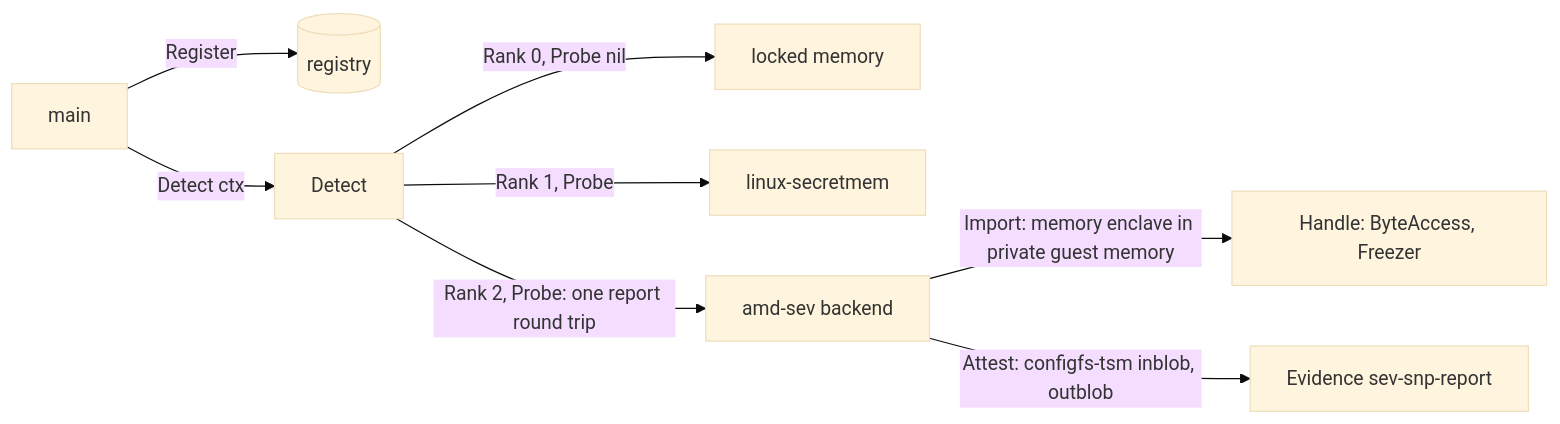
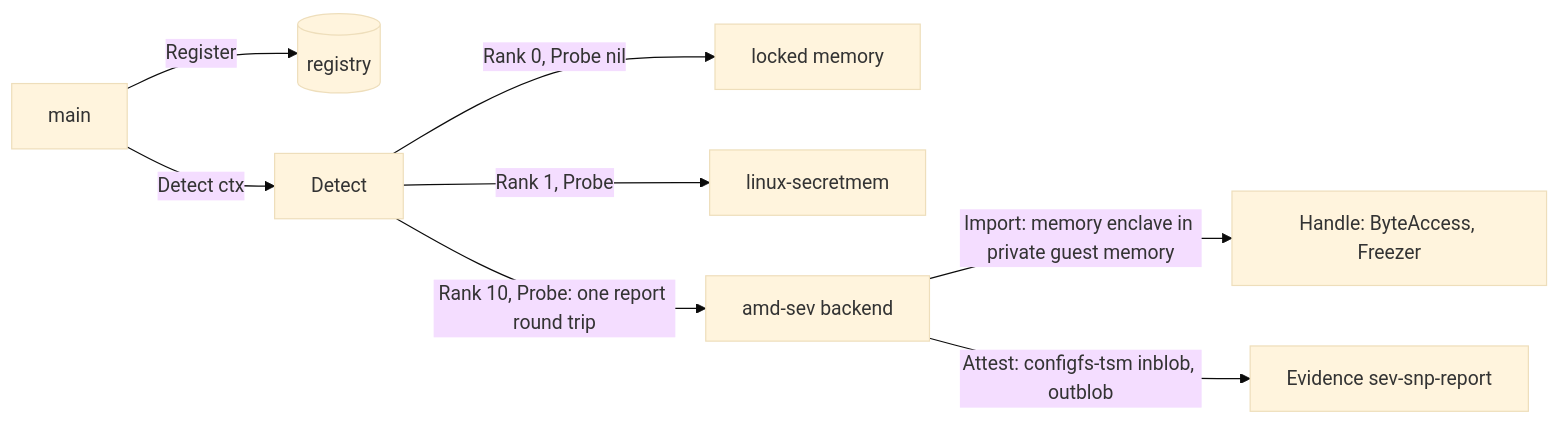
Before and after one commit to jeremyhahn/go-enclave: the diagram in docs/backends/amd-sev.md, drawn with Mermaid (base theme). The commit also changed other lines of this file and 85 other files, not shown here.

````diff
--- a/docs/backends/amd-sev.md
+++ b/docs/backends/amd-sev.md
@@ -171,10 +168,10 @@
 ```mermaid
 flowchart LR
   main -->|Register| reg[(registry)]
   main -->|Detect ctx| detect[Detect]
   detect -->|"Rank 0, Probe nil"| lm[locked memory]
   detect -->|"Rank 1, Probe"| sm[linux-secretmem]
-  detect -->|"Rank 2, Probe: one report round trip"| sev[amd-sev backend]
+  detect -->|"Rank 10, Probe: one report round trip"| sev[amd-sev backend]
   sev -->|"Import: memory enclave in private guest memory"| h[Handle: ByteAccess, Freezer]
   sev -->|"Attest: configfs-tsm inblob, outblob"| ev[Evidence sev-snp-report]
 ```
````
